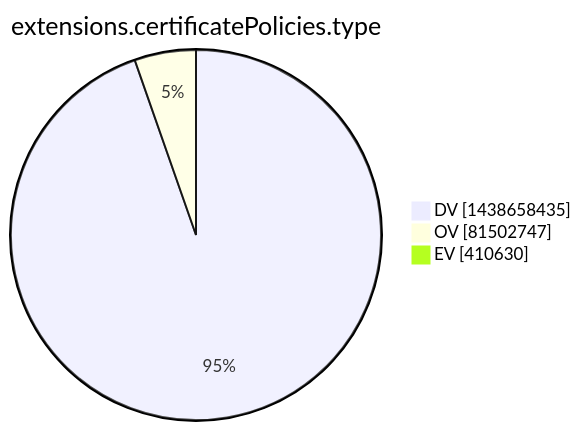
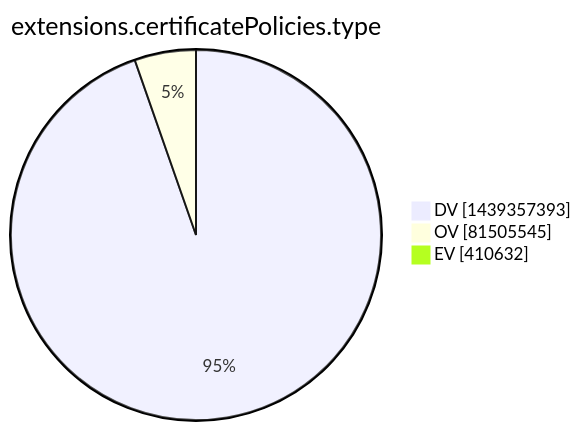
One commit to christiankrug/ctmonitor_visualization changed the tenth of 15 diagrams in xenon2022/README.md. Above: the diagram before and after it, drawn with Mermaid. The commit also changed other lines of this file, not shown here.

````diff
--- a/xenon2022/README.md
+++ b/xenon2022/README.md
@@ -2867,7 +2867,7 @@
 ```mermaid
 pie showData
 title extensions.certificatePolicies.type
-"DV" :1438658435
-"OV" :81502747
-"EV" :410630
+"DV" :1439357393
+"OV" :81505545
+"EV" :410632
 ```
````
